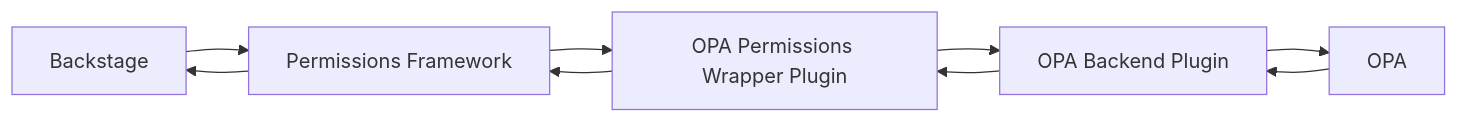
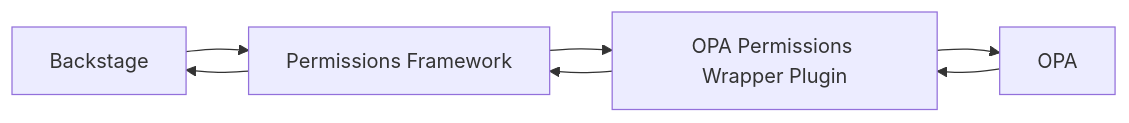
Before and after one commit to Parsifal-M/backstage-opa-plugins: the first of 3 diagrams in docs/opa-plugins-architecture.md, drawn with Mermaid. The commit also changed other lines of this file, not shown here.

First line of the commit message:
update architecture docs (#133)

````diff
--- a/docs/opa-plugins-architecture.md
+++ b/docs/opa-plugins-architecture.md
@@ -7,11 +7,9 @@
 ```mermaid
 graph LR
     A[Backstage] --> B[Permissions Framework]
     B --> C[OPA Permissions Wrapper Plugin]
-    C --> D[OPA Backend Plugin]
-    D --> E[OPA]
-    E --> D
+    C --> D[OPA]
     D --> C
     C --> B
     B --> A
 ```
````
